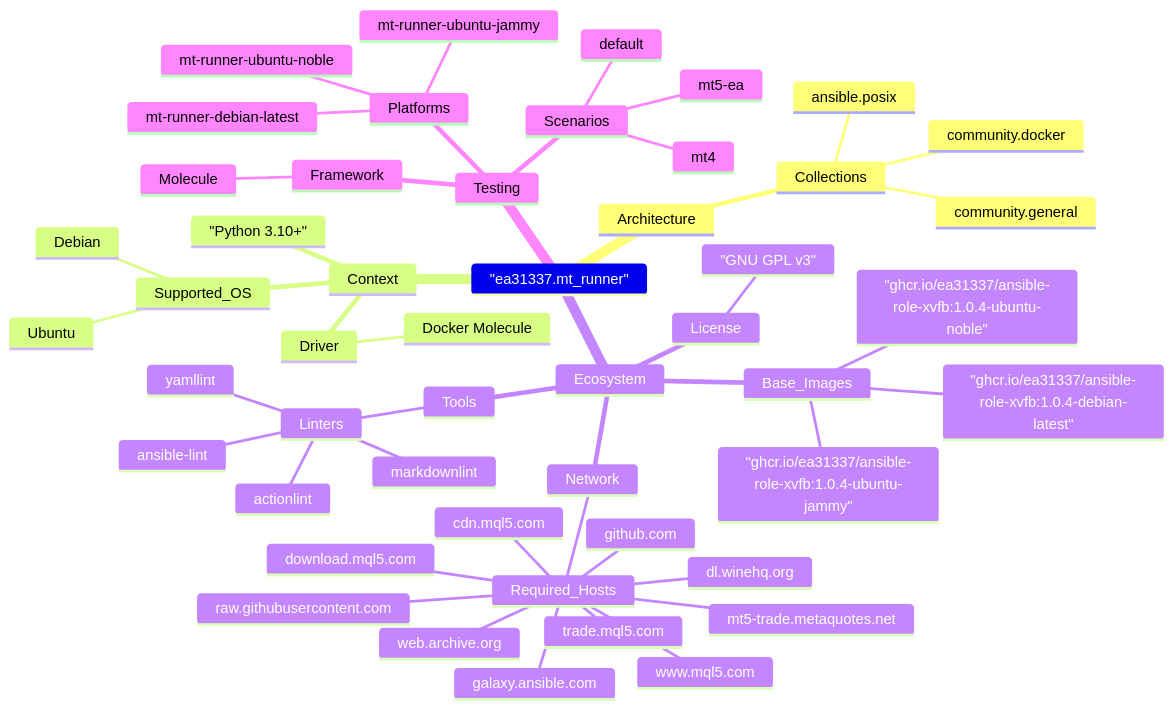
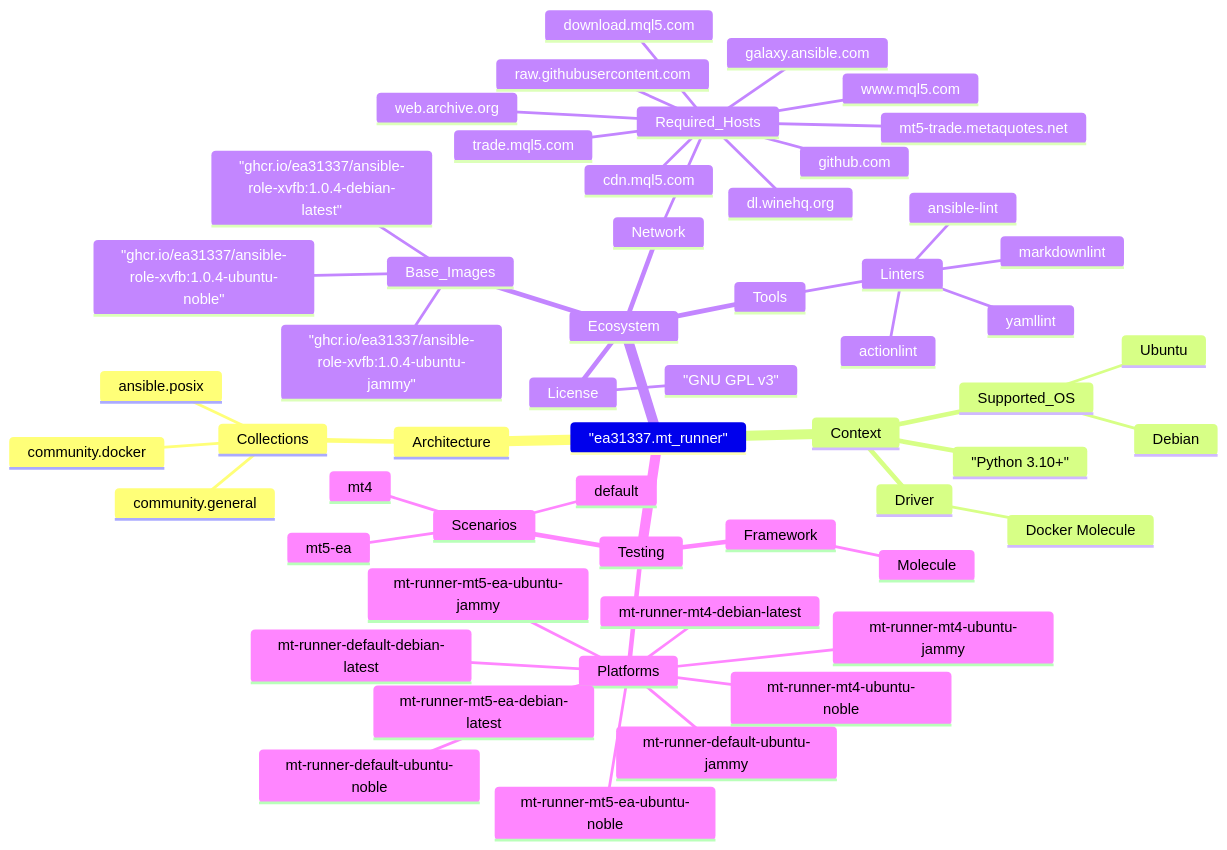
One commit to EA31337/ansible-role-mt-runner changed the diagram in docs/FACTS.mmd. Above: the diagram before and after it, drawn with Mermaid. The commit also changed 5 other files, not shown here.

```diff
--- a/docs/FACTS.mmd
+++ b/docs/FACTS.mmd
@@ -1,52 +1,58 @@
 %% Project Facts for ea31337.mt_runner
 %% Note: Keep items in alphabetical order.
 mindmap
   "ea31337.mt_runner"
     Architecture
       Collections
         ansible.posix
         community.docker
         community.general
     Context
       Driver
         Docker Molecule
       "Python 3.10+"
       Supported_OS
         Debian
         Ubuntu
     Ecosystem
       Base_Images
         "ghcr.io/ea31337/ansible-role-xvfb:1.0.4-debian-latest"
         "ghcr.io/ea31337/ansible-role-xvfb:1.0.4-ubuntu-jammy"
         "ghcr.io/ea31337/ansible-role-xvfb:1.0.4-ubuntu-noble"
       License
         "GNU GPL v3"
       Network
         Required_Hosts
           cdn.mql5.com
           dl.winehq.org
           download.mql5.com
           galaxy.ansible.com
           github.com
           mt5-trade.metaquotes.net
           raw.githubusercontent.com
           trade.mql5.com
           web.archive.org
           www.mql5.com
       Tools
         Linters
           actionlint
           ansible-lint
           markdownlint
           yamllint
     Testing
       Framework
         Molecule
       Platforms
-        mt-runner-debian-latest
-        mt-runner-ubuntu-jammy
-        mt-runner-ubuntu-noble
+        mt-runner-default-debian-latest
+        mt-runner-default-ubuntu-jammy
+        mt-runner-default-ubuntu-noble
+        mt-runner-mt4-debian-latest
+        mt-runner-mt4-ubuntu-jammy
+        mt-runner-mt4-ubuntu-noble
+        mt-runner-mt5-ea-debian-latest
+        mt-runner-mt5-ea-ubuntu-jammy
+        mt-runner-mt5-ea-ubuntu-noble
       Scenarios
         default
         mt4
         mt5-ea
```
